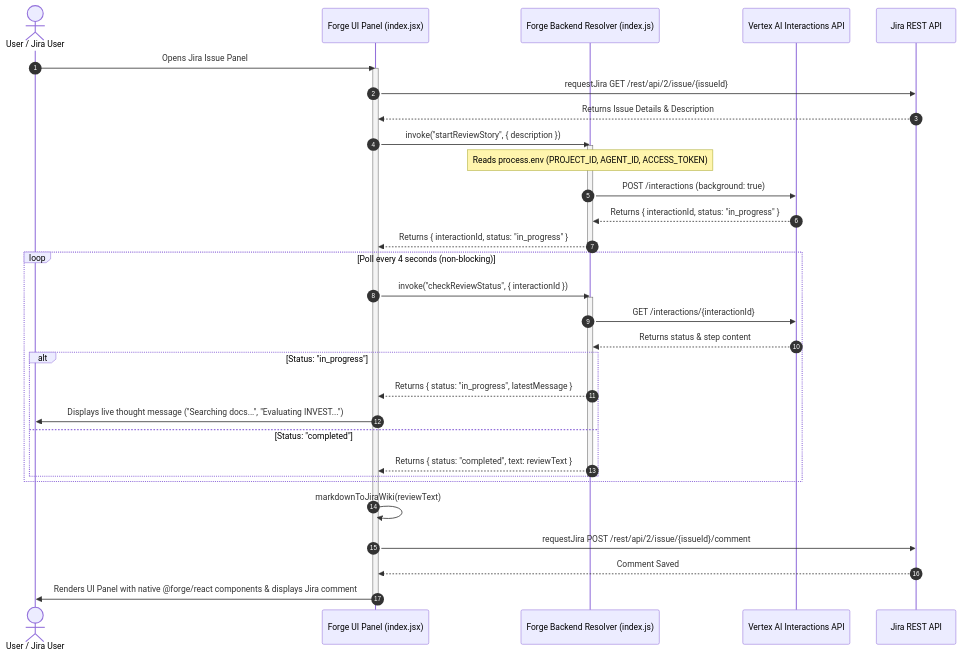
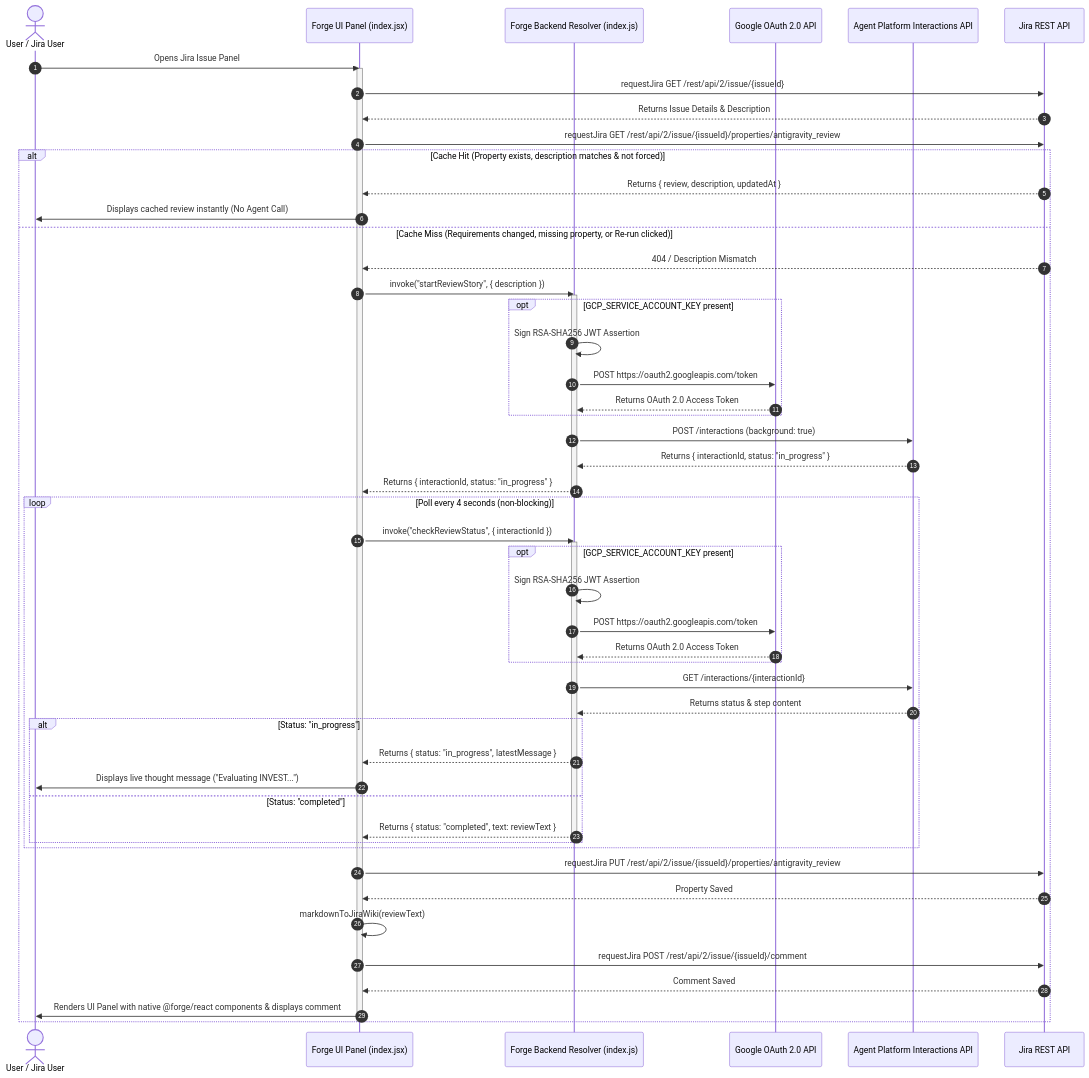
One commit to gitrey/jira-managed-agents changed the diagram in Antigravity-Agent/ARCHITECTURE.md. Above: the diagram before and after it, drawn with Mermaid. The commit also changed other lines of this file and 4 other files, not shown here.

Commit message:
Updated diagram

````diff
--- a/Antigravity-Agent/ARCHITECTURE.md
+++ b/Antigravity-Agent/ARCHITECTURE.md
@@ -23,42 +23,61 @@
 ```mermaid
 sequenceDiagram
     autonumber
     actor User as User / Jira User
     participant UI as Forge UI Panel (index.jsx)
     participant Resolver as Forge Backend Resolver (index.js)
-    participant Vertex as Vertex AI Interactions API
+    participant GoogleOAuth as Google OAuth 2.0 API
+    participant AgentPlatform as Agent Platform Interactions API
     participant JiraAPI as Jira REST API
 
     User->>UI: Opens Jira Issue Panel
     activate UI
     UI->>JiraAPI: requestJira GET /rest/api/2/issue/{issueId}
     JiraAPI-->>UI: Returns Issue Details & Description
     
-    UI->>Resolver: invoke("startReviewStory", { description })
-    activate Resolver
-    Note over Resolver: Reads process.env (PROJECT_ID, AGENT_ID, ACCESS_TOKEN)
-    Resolver->>Vertex: POST /interactions (background: true)
-    Vertex-->>Resolver: Returns { interactionId, status: "in_progress" }
-    Resolver-->>UI: Returns { interactionId, status: "in_progress" }
-    deactivate Resolver
+    UI->>JiraAPI: requestJira GET /rest/api/2/issue/{issueId}/properties/antigravity_review
+    alt Cache Hit (Property exists, description matches & not forced)
+        JiraAPI-->>UI: Returns { review, description, updatedAt }
+        UI->>User: Displays cached review instantly (No Agent Call)
+    else Cache Miss (Requirements changed, missing property, or Re-run clicked)
+        JiraAPI-->>UI: 404 / Description Mismatch
+        UI->>Resolver: invoke("startReviewStory", { description })
+        activate Resolver
+        opt GCP_SERVICE_ACCOUNT_KEY present
+            Resolver->>Resolver: Sign RSA-SHA256 JWT Assertion
+            Resolver->>GoogleOAuth: POST https://oauth2.googleapis.com/token
+            GoogleOAuth-->>Resolver: Returns OAuth 2.0 Access Token
+        end
+        Resolver->>AgentPlatform: POST /interactions (background: true)
+        AgentPlatform-->>Resolver: Returns { interactionId, status: "in_progress" }
+        Resolver-->>UI: Returns { interactionId, status: "in_progress" }
+        deactivate Resolver
 
-    loop Poll every 4 seconds (non-blocking)
-        UI->>Resolver: invoke("checkReviewStatus", { interactionId })
-        activate Resolver
-        Resolver->>Vertex: GET /interactions/{interactionId}
-        Vertex-->>Resolver: Returns status & step content
-        alt Status: "in_progress"
-            Resolver-->>UI: Returns { status: "in_progress", latestMessage }
-            UI->>User: Displays live thought message ("Searching docs...", "Evaluating INVEST...")
-        else Status: "completed"
-            Resolver-->>UI: Returns { status: "completed", text: reviewText }
+        loop Poll every 4 seconds (non-blocking)
+            UI->>Resolver: invoke("checkReviewStatus", { interactionId })
+            activate Resolver
+            opt GCP_SERVICE_ACCOUNT_KEY present
+                Resolver->>Resolver: Sign RSA-SHA256 JWT Assertion
+                Resolver->>GoogleOAuth: POST https://oauth2.googleapis.com/token
+                GoogleOAuth-->>Resolver: Returns OAuth 2.0 Access Token
+            end
+            Resolver->>AgentPlatform: GET /interactions/{interactionId}
+            AgentPlatform-->>Resolver: Returns status & step content
+            alt Status: "in_progress"
+                Resolver-->>UI: Returns { status: "in_progress", latestMessage }
+                UI->>User: Displays live thought message ("Evaluating INVEST...")
+            else Status: "completed"
+                Resolver-->>UI: Returns { status: "completed", text: reviewText }
+            end
+            deactivate Resolver
         end
-        deactivate Resolver
+
+        UI->>JiraAPI: requestJira PUT /rest/api/2/issue/{issueId}/properties/antigravity_review
+        JiraAPI-->>UI: Property Saved
+        UI->>UI: markdownToJiraWiki(reviewText)
+        UI->>JiraAPI: requestJira POST /rest/api/2/issue/{issueId}/comment
+        JiraAPI-->>UI: Comment Saved
+        UI->>User: Renders UI Panel with native @forge/react components & displays comment
     end
-
-    UI->>UI: markdownToJiraWiki(reviewText)
-    UI->>JiraAPI: requestJira POST /rest/api/2/issue/{issueId}/comment
-    JiraAPI-->>UI: Comment Saved
-    UI->>User: Renders UI Panel with native @forge/react components & displays Jira comment
     deactivate UI
 ```
````
